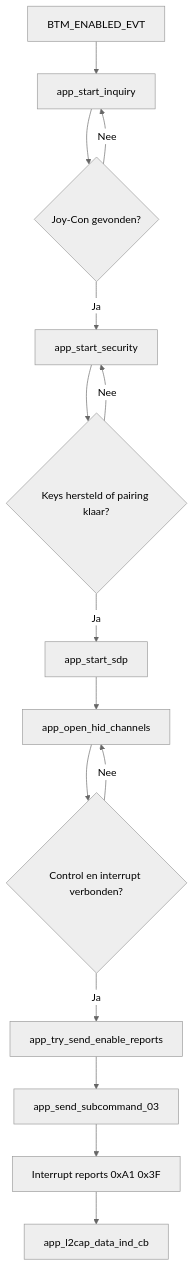
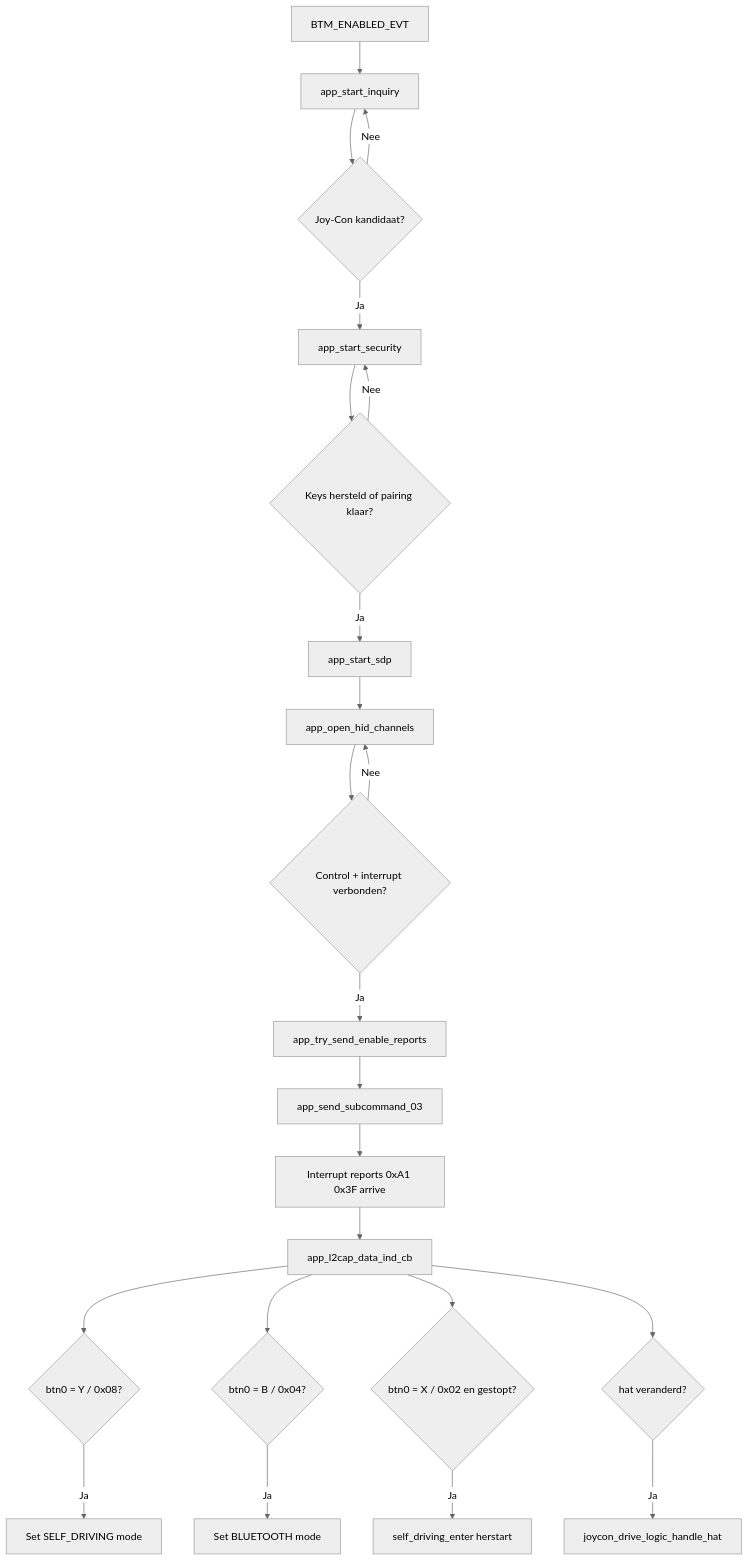
Before and after one commit to Anish-Pun/2EAI-PEN-2526-AGV: the diagram in docs/nl/Bluetooth_protocol_nl.md, drawn with Mermaid (neutral theme). The commit also changed other lines of this file and 3 other files, not shown here.

````diff
--- a/docs/nl/Bluetooth_protocol_nl.md
+++ b/docs/nl/Bluetooth_protocol_nl.md
@@ -37,17 +91,25 @@
 ```mermaid
 flowchart TD
     A[BTM_ENABLED_EVT] --> B[app_start_inquiry]
-    B --> C{Joy-Con gevonden?}
+    B --> C{Joy-Con kandidaat?}
     C -- Nee --> B
     C -- Ja --> D[app_start_security]
     D --> E{Keys hersteld of pairing klaar?}
     E -- Nee --> D
     E -- Ja --> F[app_start_sdp]
     F --> G[app_open_hid_channels]
-    G --> H{Control en interrupt verbonden?}
+    G --> H{Control + interrupt verbonden?}
     H -- Nee --> G
     H -- Ja --> I[app_try_send_enable_reports]
     I --> J[app_send_subcommand_03]
-    J --> K[Interrupt reports 0xA1 0x3F]
+    J --> K[Interrupt reports 0xA1 0x3F arrive]
     K --> L[app_l2cap_data_ind_cb]
+    L --> M{btn0 = Y / 0x08?}
+    M -- Ja --> N[Set SELF_DRIVING mode]
+    L --> O{btn0 = B / 0x04?}
+    O -- Ja --> P[Set BLUETOOTH mode]
+    L --> Q{btn0 = X / 0x02 en gestopt?}
+    Q -- Ja --> R[self_driving_enter herstart]
+    L --> S{hat veranderd?}
+    S -- Ja --> T[joycon_drive_logic_handle_hat]
 ```
````
